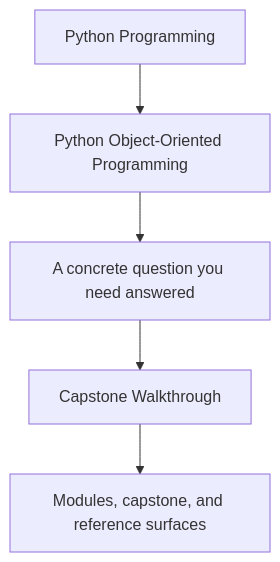
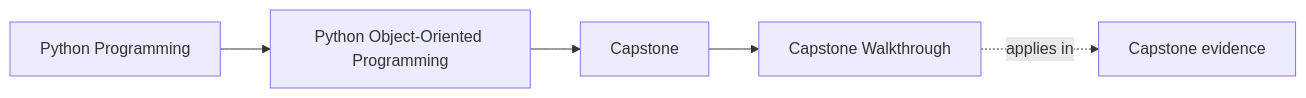
The first of 2 diagrams in programs/python-programming/python-object-oriented-programming/course-book/capstone/capstone-walkthrough.md (bijux/bijux-masterclass), drawn with Mermaid before and after one commit. The commit also changed other lines of this file and 103 other files, not shown here.

Commit message:
docs(python-object-oriented-programming): map sustainment and capstone surfaces

````diff
--- a/programs/python-programming/python-object-oriented-programming/course-book/capstone/capstone-walkthrough.md
+++ b/programs/python-programming/python-object-oriented-programming/course-book/capstone/capstone-walkthrough.md
@@ -7,7 +7,11 @@
 ```mermaid
-flowchart TD
-  family["Python Programming"] --> program["Python Object-Oriented Programming"]
-  program --> pressure["A concrete question you need answered"]
-  pressure --> guide["Capstone Walkthrough"]
-  guide --> next["Modules, capstone, and reference surfaces"]
+graph LR
+  family["Python Programming"]
+  program["Python Object-Oriented Programming"]
+  section["Capstone"]
+  page["Capstone Walkthrough"]
+  capstone["Capstone evidence"]
+
+  family --> program --> section --> page
+  page -.applies in.-> capstone
 ```
````
